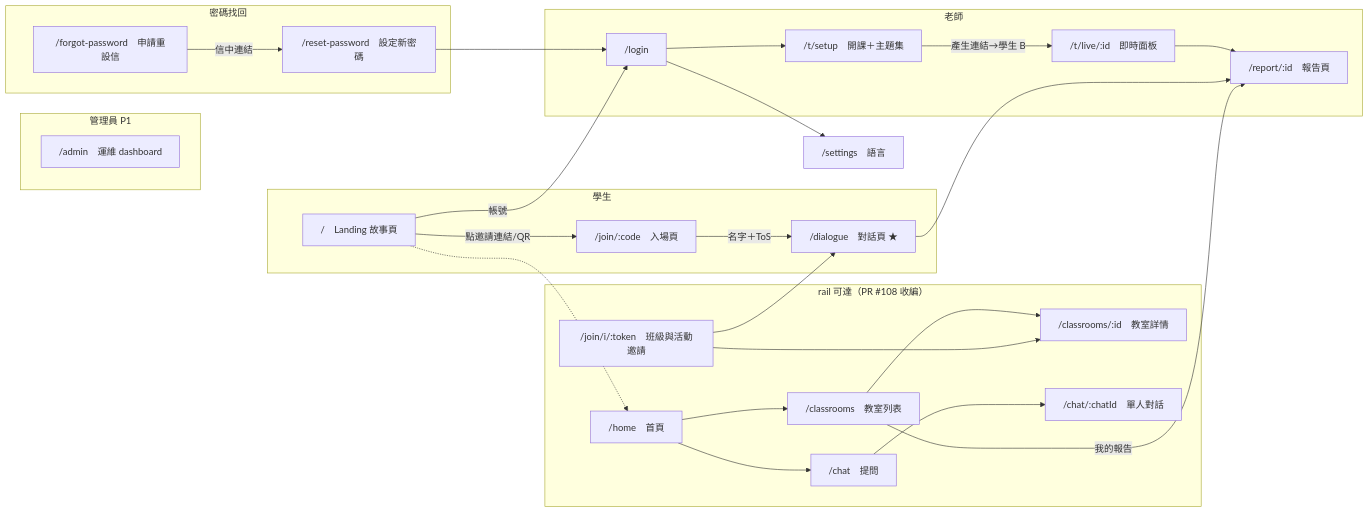
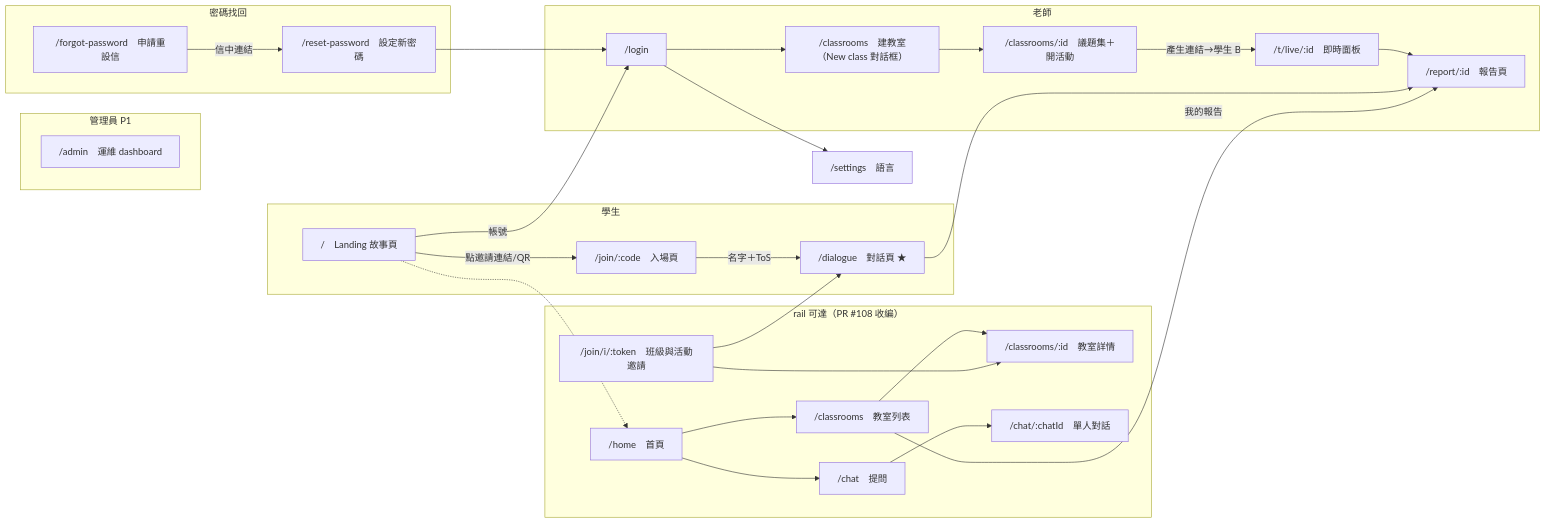
Before and after one commit to ntnu-swe-2026-team4/socrates-classroom: the diagram in docs/frontend.md, drawn with Mermaid. The commit also changed other lines of this file and 2 other files, not shown here.

````diff
--- a/docs/frontend.md
+++ b/docs/frontend.md
@@ -15,32 +15,33 @@
 ```mermaid
 flowchart LR
     subgraph student[學生]
         A["/　Landing 故事頁"] -->|"點邀請連結/QR"| B["/join/:code　入場頁"]
         B -->|"名字＋ToS"| D["/dialogue　對話頁 ★"]
     end
     subgraph teacher[老師]
         A -->|帳號| C["/login"]
-        C --> E["/t/setup　開課＋主題集"]
+        C --> E2["/classrooms　建教室（New class 對話框）"]
+        E2 --> E["/classrooms/:id　議題集＋開活動"]
         E -->|"產生連結→學生 B"| F["/t/live/:id　即時面板"]
         F --> G["/report/:id　報告頁"]
     end
     D --> G
     C --> H["/settings　語言"]
     subgraph rail[rail 可達（PR #108 收編）]
         J["/home　首頁"] --> K["/classrooms　教室列表"]
         K --> L["/classrooms/:id　教室詳情"]
         V["/join/i/:token　班級與活動邀請"] --> L
         V --> D
         K -->|"我的報告"| G
         J --> O["/chat　提問"]
         O --> P["/chat/:chatId　單人對話"]
     end
     A -.-> J
     subgraph admin[管理員 P1]
         I["/admin　運維 dashboard"]
     end
     subgraph recovery[密碼找回]
         M["/forgot-password　申請重設信"] -->|"信中連結"| N["/reset-password　設定新密碼"]
     end
     N --> C
 ```
````
